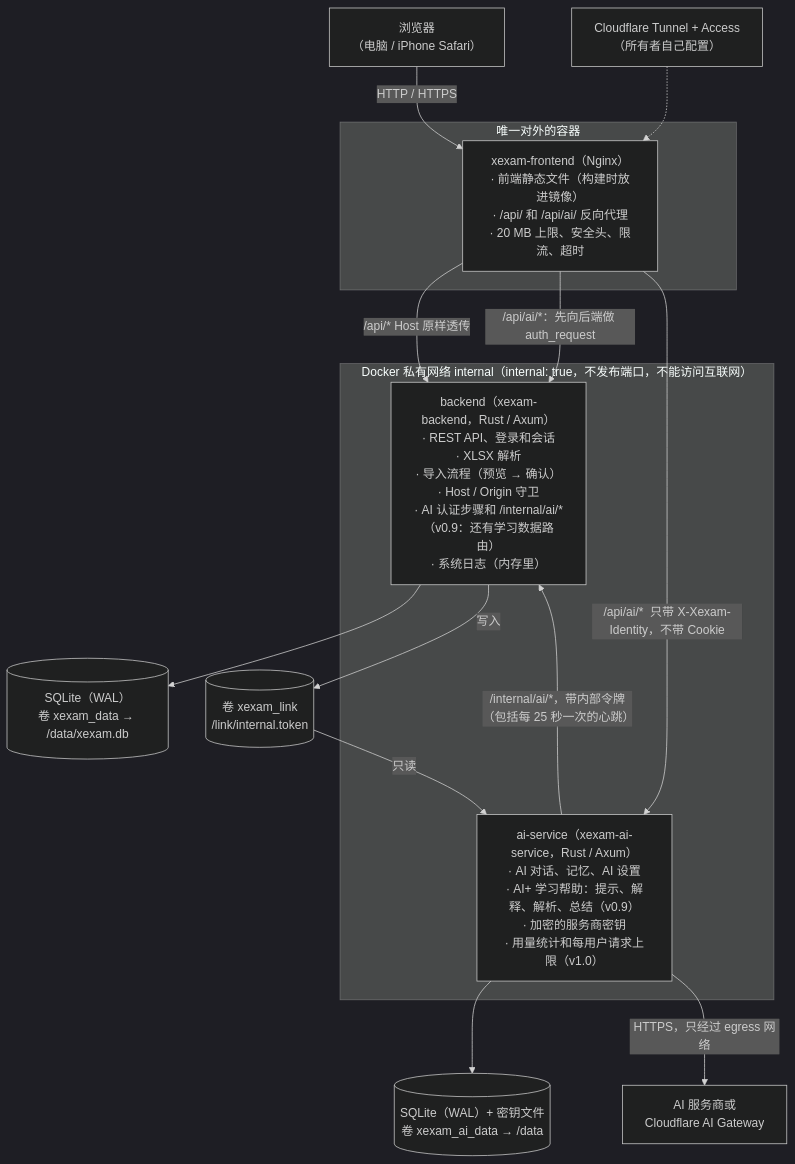
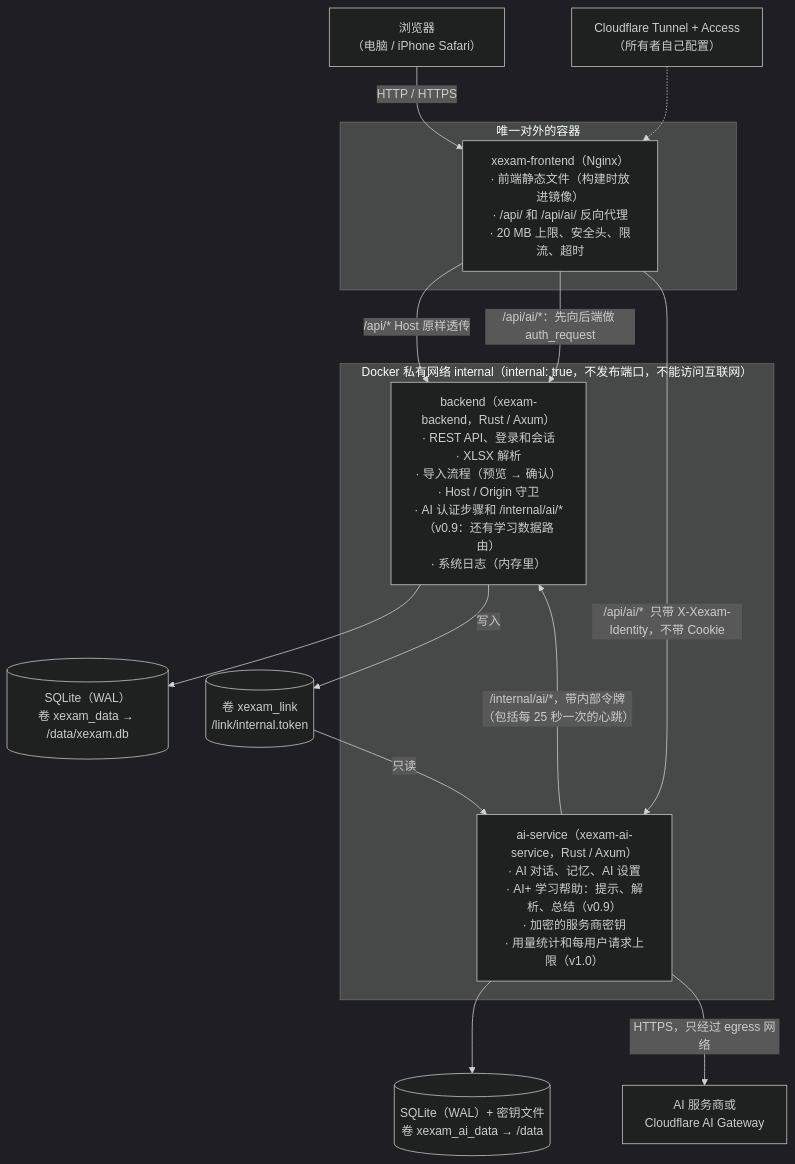
The first of 8 diagrams in docs/zh-CN/architecture.md (Yumin-Space/xexam), drawn with Mermaid (dark theme) before and after one commit. The commit also changed other lines of this file and 386 other files, not shown here.

````diff
--- a/docs/zh-CN/architecture.md
+++ b/docs/zh-CN/architecture.md
@@ -10,21 +10,21 @@
 ```mermaid
 flowchart TB
     U["浏览器<br/>（电脑 / iPhone Safari）"] -->|"HTTP / HTTPS"| N
     subgraph pub["唯一对外的容器"]
         N["xexam-frontend（Nginx）<br/>· 前端静态文件（构建时放进镜像）<br/>· /api/ 和 /api/ai/ 反向代理<br/>· 20 MB 上限、安全头、限流、超时"]
     end
     subgraph priv["Docker 私有网络 internal（internal: true，不发布端口，不能访问互联网）"]
         B["backend（xexam-backend，Rust / Axum）<br/>· REST API、登录和会话<br/>· XLSX 解析<br/>· 导入流程（预览 → 确认）<br/>· Host / Origin 守卫<br/>· AI 认证步骤和 /internal/ai/*（v0.9：还有学习数据路由）<br/>· 系统日志（内存里）"]
-        A["ai-service（xexam-ai-service，Rust / Axum）<br/>· AI 对话、记忆、AI 设置<br/>· AI+ 学习帮助：提示、解释、解析、总结（v0.9）<br/>· 加密的服务商密钥<br/>· 用量统计和每用户请求上限（v1.0）"]
+        A["ai-service（xexam-ai-service，Rust / Axum）<br/>· AI 对话、记忆、AI 设置<br/>· AI+ 学习帮助：提示、解析、总结（v0.9）<br/>· 加密的服务商密钥<br/>· 用量统计和每用户请求上限（v1.0）"]
     end
     N -->|"/api/*  Host 原样透传"| B
     N -->|"/api/ai/*：先向后端做 auth_request"| B
     N -->|"/api/ai/*  只带 X-Xexam-Identity，不带 Cookie"| A
     A -->|"/internal/ai/*，带内部令牌<br/>（包括每 25 秒一次的心跳）"| B
     B --> D[("SQLite（WAL）<br/>卷 xexam_data → /data/xexam.db")]
     A --> AD[("SQLite（WAL）+ 密钥文件<br/>卷 xexam_ai_data → /data")]
     B -->|"写入"| L[("卷 xexam_link<br/>/link/internal.token")]
     L -->|"只读"| A
     A -->|"HTTPS，只经过 egress 网络"| P["AI 服务商或<br/>Cloudflare AI Gateway"]
     CF["Cloudflare Tunnel + Access<br/>（所有者自己配置）"] -.-> N
 ```
````
